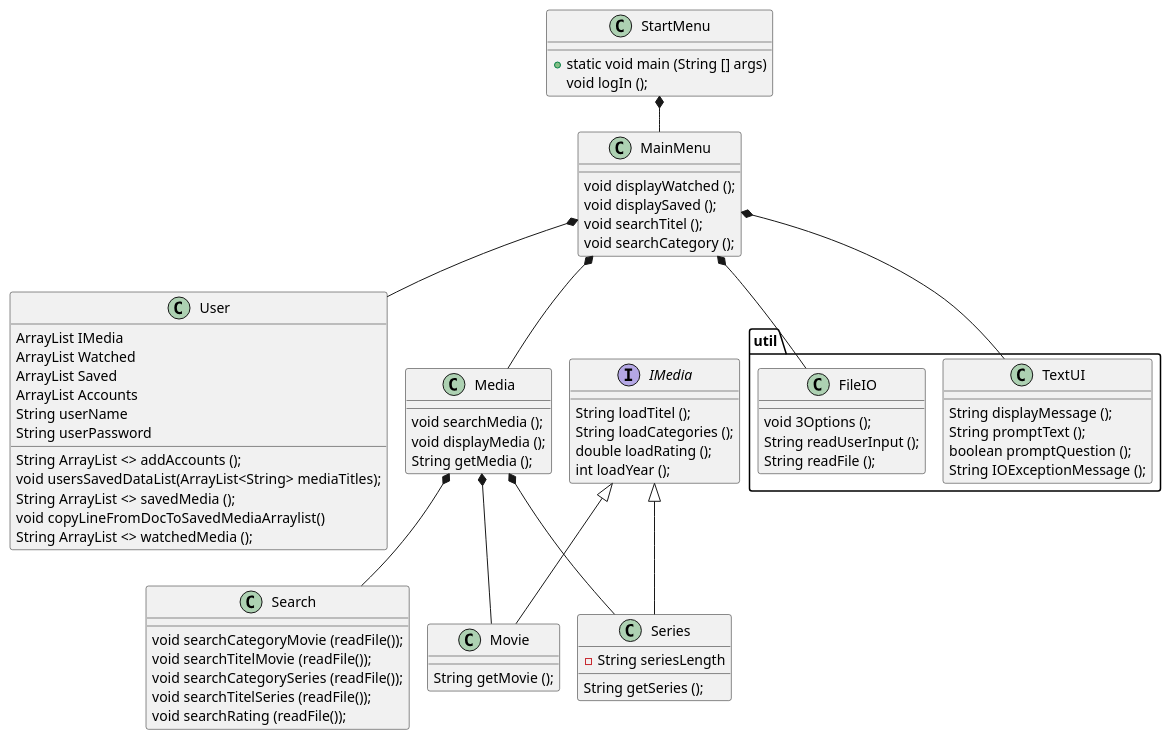
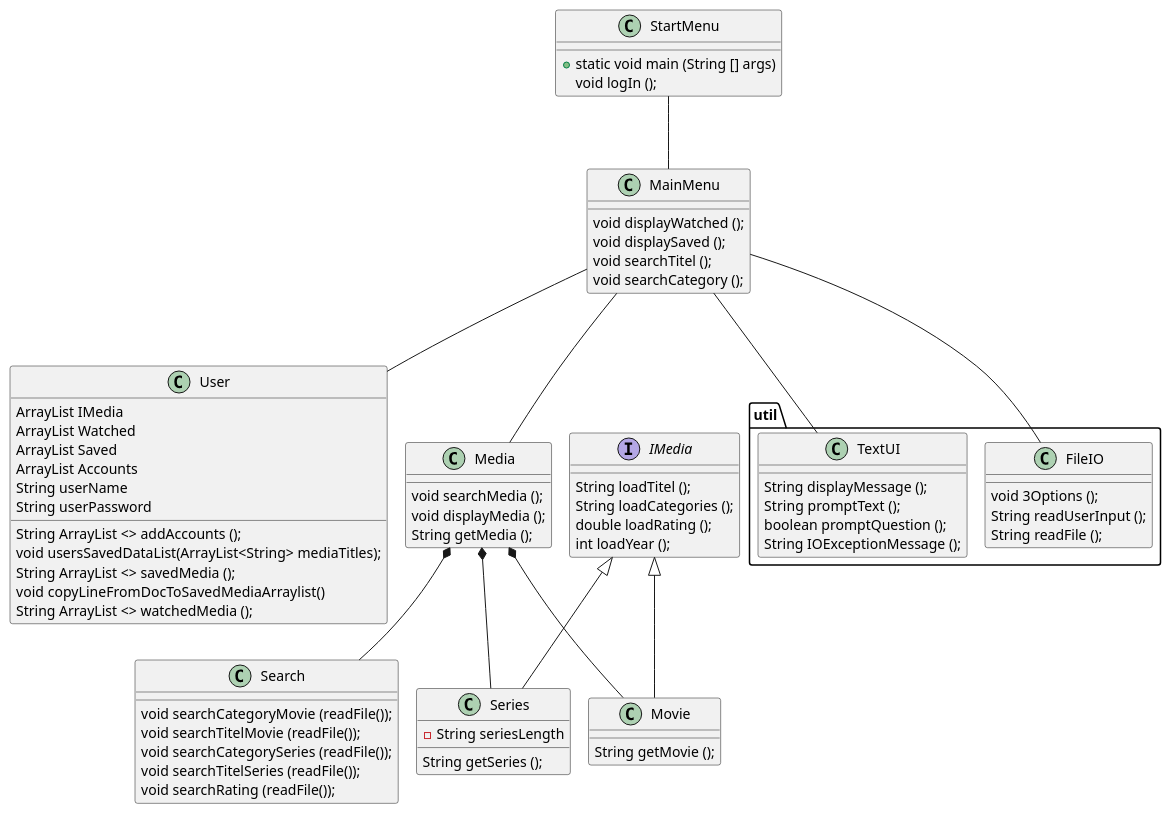
The diagram in Doc/Static/ClassDiagram_v1.puml (NicolineNV/SP3___Nasta_Nicoline_Christian_Sussie___Sem_1), drawn with PlantUML before and after one commit. The commit also changed 10 other files, not shown here.

```diff
--- a/Doc/Static/ClassDiagram_v1.puml
+++ b/Doc/Static/ClassDiagram_v1.puml
@@ -1,104 +1,104 @@
 @startuml
 !pragma layout smetana
 
 class StartMenu {
 + static void main (String [] args)
 void logIn ();
 }
 
 class MainMenu {
 void displayWatched ();
 void displaySaved ();
 void searchTitel ();
 void searchCategory ();
 }
 
 class User {
 ArrayList IMedia
 ArrayList Watched
 ArrayList Saved
 ArrayList Accounts
 String userName
 String userPassword
 String ArrayList <> addAccounts ();
 void usersSavedDataList(ArrayList<String> mediaTitles);
 String ArrayList <> savedMedia ();
 void copyLineFromDocToSavedMediaArraylist()
 String ArrayList <> watchedMedia ();
 }
 
 class Media {
 void searchMedia ();
 void displayMedia ();
 String getMedia ();
 }
 
 
 
 class Search {
 void searchCategoryMovie (readFile());
 void searchTitelMovie (readFile());
 void searchCategorySeries (readFile());
 void searchTitelSeries (readFile());
 void searchRating (readFile());
 
 }
 
 class Movie {
 String getMovie ();
 }
 
 
 
 class Series {
 - String seriesLength
 String getSeries ();
 }
 
 
 
 interface IMedia {
 String loadTitel ();
 String loadCategories ();
 double loadRating ();
 int loadYear ();
 
 }
 
 package util {
 
 class TextUI {
 String displayMessage ();
 String promptText ();
 boolean promptQuestion ();
 String IOExceptionMessage ();
 }
 
 
 
 class FileIO {
 void 3Options ();
 String readUserInput ();
 String readFile ();
 }
 
 }
 
-StartMenu *-- MainMenu
+StartMenu --- MainMenu
 
 IMedia <|-- Series
 IMedia <|-- Movie
 
 
 
-MainMenu *-- User
-MainMenu *-- Media
-MainMenu *-- TextUI
-MainMenu *-- FileIO
+MainMenu --- User
+MainMenu --- Media
+MainMenu --- TextUI
+MainMenu --- FileIO
 
 
 Media *-- Movie
 Media *-- Series
 Media *-- Search
 
 @enduml
```
